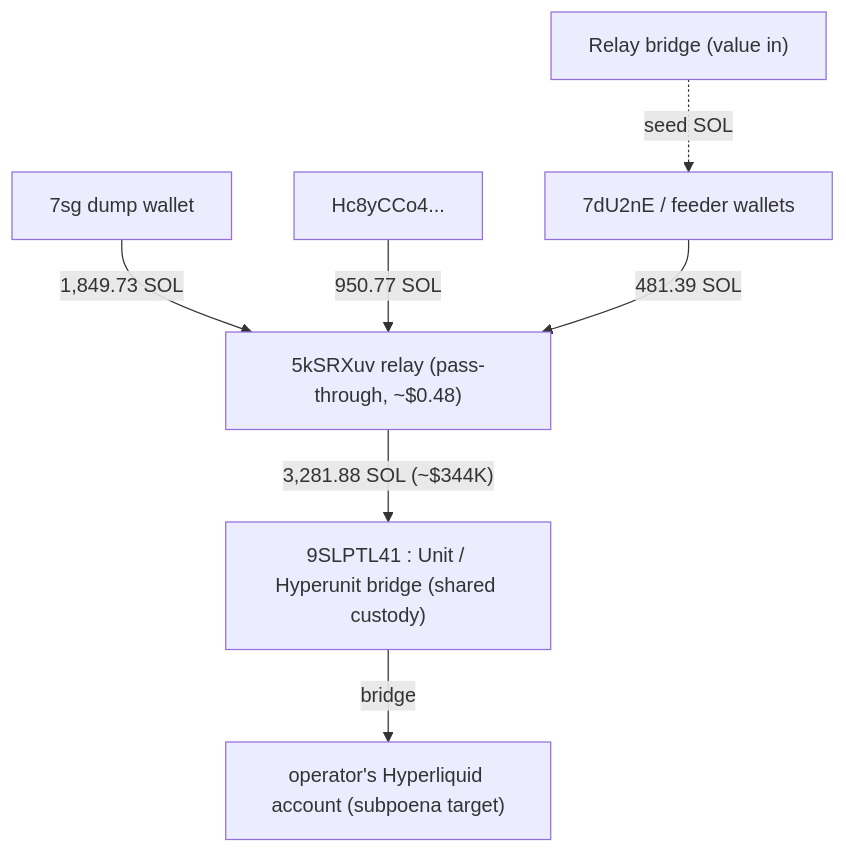
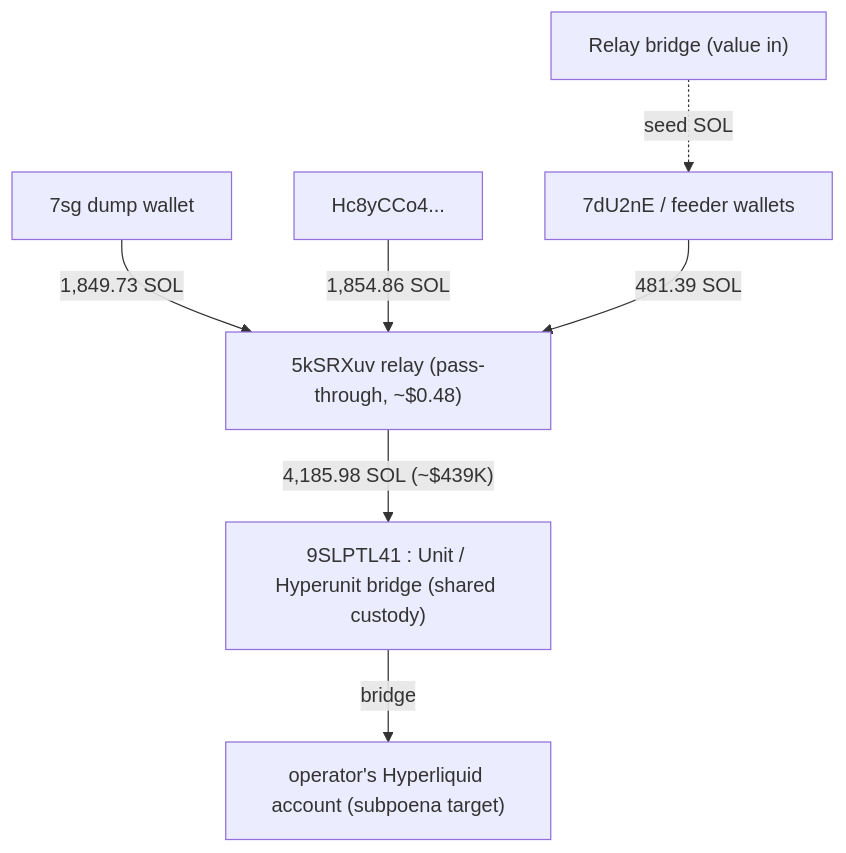
The diagram in crypto/README.md (deepwoodssec/FollowTheLeek), drawn with Mermaid before and after one commit. The commit also changed other lines of this file and 78 other files, not shown here.

````diff
--- a/crypto/README.md
+++ b/crypto/README.md
@@ -121,9 +124,9 @@
 ```mermaid
 flowchart TD
     RB["Relay bridge (value in)"] -.->|seed SOL| DU["7dU2nE / feeder wallets"]
     A7["7sg dump wallet"] -->|"1,849.73 SOL"| RELAY
-    HC["Hc8yCCo4..."] -->|"950.77 SOL"| RELAY
+    HC["Hc8yCCo4..."] -->|"1,854.86 SOL"| RELAY
     DU -->|"481.39 SOL"| RELAY
-    RELAY["5kSRXuv relay (pass-through, ~$0.48)"] -->|"3,281.88 SOL (~$344K)"| UNIT
+    RELAY["5kSRXuv relay (pass-through, ~$0.48)"] -->|"4,185.98 SOL (~$439K)"| UNIT
     UNIT["9SLPTL41 : Unit / Hyperunit bridge (shared custody)"] -->|bridge| HL["operator's Hyperliquid account (subpoena target)"]
 ```
````
